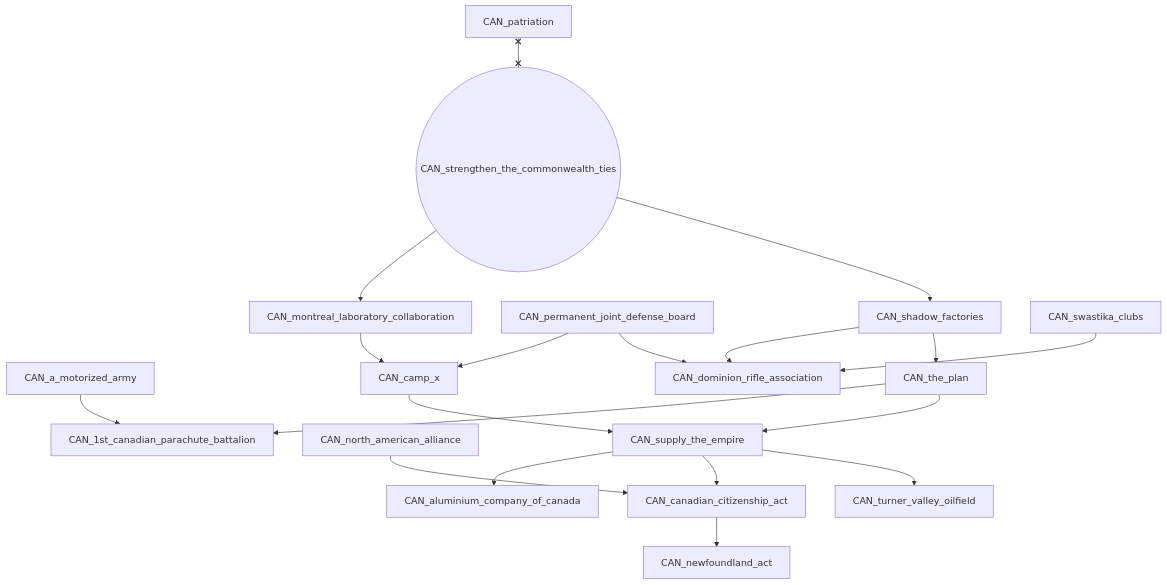
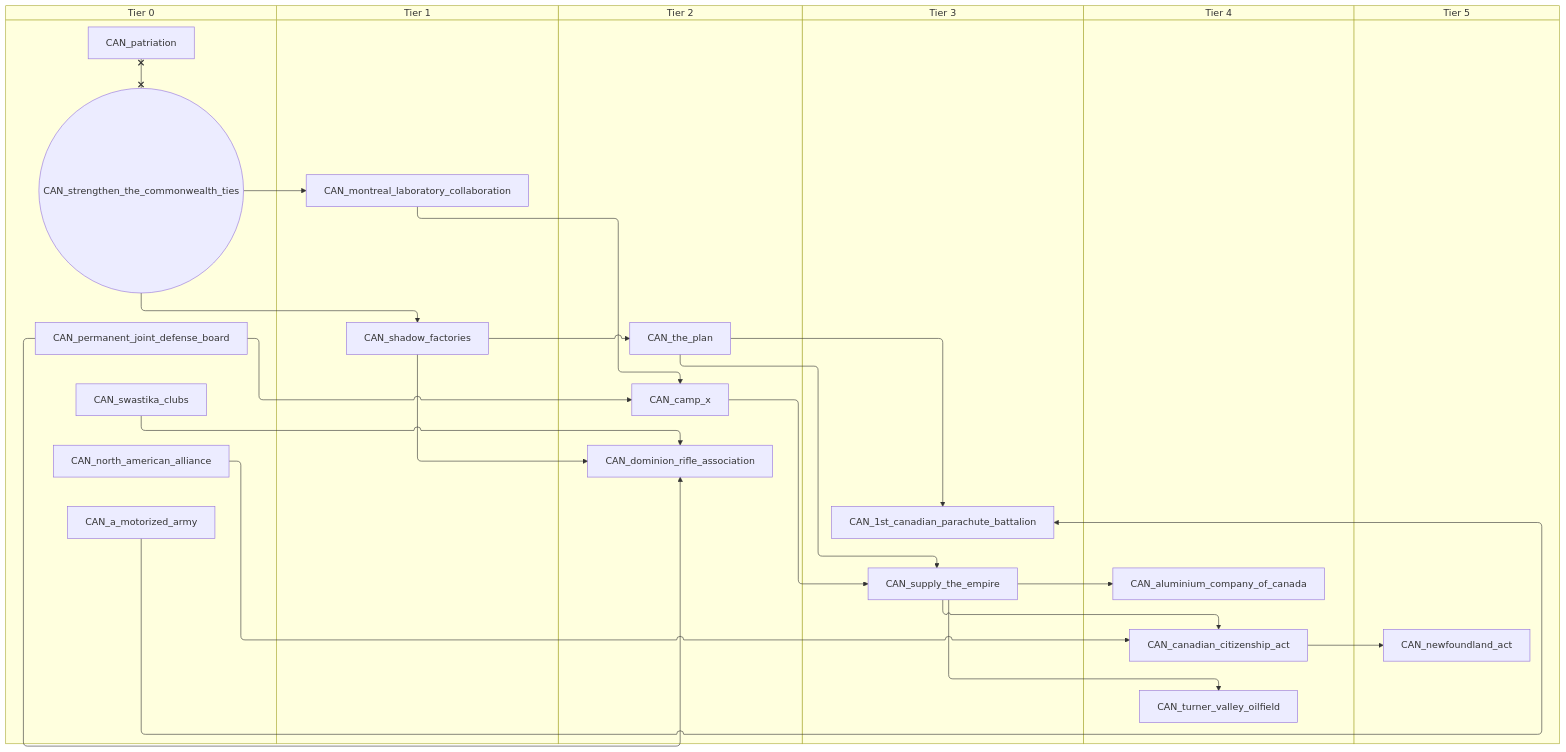
Before and after one commit to evgeny-sobol/hoi4-sandbox-mode: the eighth of 9 diagrams in docs/gdd/National Focuses/canada.md, drawn with Mermaid. The commit also changed other lines of this file and 80 other files, not shown here.

First line of the commit message:
Add swimlane mode to focus graph exporter

````diff
--- a/docs/gdd/National Focuses/canada.md
+++ b/docs/gdd/National Focuses/canada.md
@@ -336,38 +416,50 @@
 ```mermaid
-flowchart TD
-    n1["CAN_1st_canadian_parachute_battalion"]
-    n2["CAN_a_motorized_army"]
-    n53["CAN_aluminium_company_of_canada"]
-    n55["CAN_camp_x"]
-    n57["CAN_canadian_citizenship_act"]
-    n62["CAN_dominion_rifle_association"]
-    n68["CAN_montreal_laboratory_collaboration"]
-    n69["CAN_newfoundland_act"]
-    n70["CAN_north_american_alliance"]
-    n72["CAN_patriation"]
-    n73["CAN_permanent_joint_defense_board"]
-    n78["CAN_shadow_factories"]
-    n80(("CAN_strengthen_the_commonwealth_ties"))
-    n81["CAN_supply_the_empire"]
-    n86["CAN_swastika_clubs"]
-    n14["CAN_the_plan"]
-    n87["CAN_turner_valley_oilfield"]
-    n14 --> n1
-    n2 --> n1
-    n81 --> n53
-    n68 --> n55
-    n73 --> n55
-    n70 --> n57
-    n81 --> n57
-    n73 --> n62
-    n78 --> n62
-    n86 --> n62
-    n80 --> n68
-    n57 --> n69
-    n80 --> n78
-    n14 --> n81
-    n55 --> n81
-    n78 --> n14
-    n81 --> n87
-    n72 x--x n80
+swimlane-beta TD
+    subgraph tier_0["Tier 0"]
+        n7["CAN_a_motorized_army"]
+        n63["CAN_north_american_alliance"]
+        n54["CAN_patriation"]
+        n58["CAN_permanent_joint_defense_board"]
+        n56(("CAN_strengthen_the_commonwealth_ties"))
+        n59["CAN_swastika_clubs"]
+    end
+    subgraph tier_1["Tier 1"]
+        n53["CAN_montreal_laboratory_collaboration"]
+        n55["CAN_shadow_factories"]
+    end
+    subgraph tier_2["Tier 2"]
+        n60["CAN_camp_x"]
+        n62["CAN_dominion_rifle_association"]
+        n4["CAN_the_plan"]
+    end
+    subgraph tier_3["Tier 3"]
+        n10["CAN_1st_canadian_parachute_battalion"]
+        n70["CAN_supply_the_empire"]
+    end
+    subgraph tier_4["Tier 4"]
+        n73["CAN_aluminium_company_of_canada"]
+        n75["CAN_canadian_citizenship_act"]
+        n81["CAN_turner_valley_oilfield"]
+    end
+    subgraph tier_5["Tier 5"]
+        n85["CAN_newfoundland_act"]
+    end
+    n4 --> n10
+    n7 --> n10
+    n70 --> n73
+    n53 --> n60
+    n58 --> n60
+    n63 --> n75
+    n70 --> n75
+    n58 --> n62
+    n55 --> n62
+    n59 --> n62
+    n56 --> n53
+    n75 --> n85
+    n56 --> n55
+    n4 --> n70
+    n60 --> n70
+    n55 --> n4
+    n70 --> n81
+    n54 x--x n56
 ```
````
